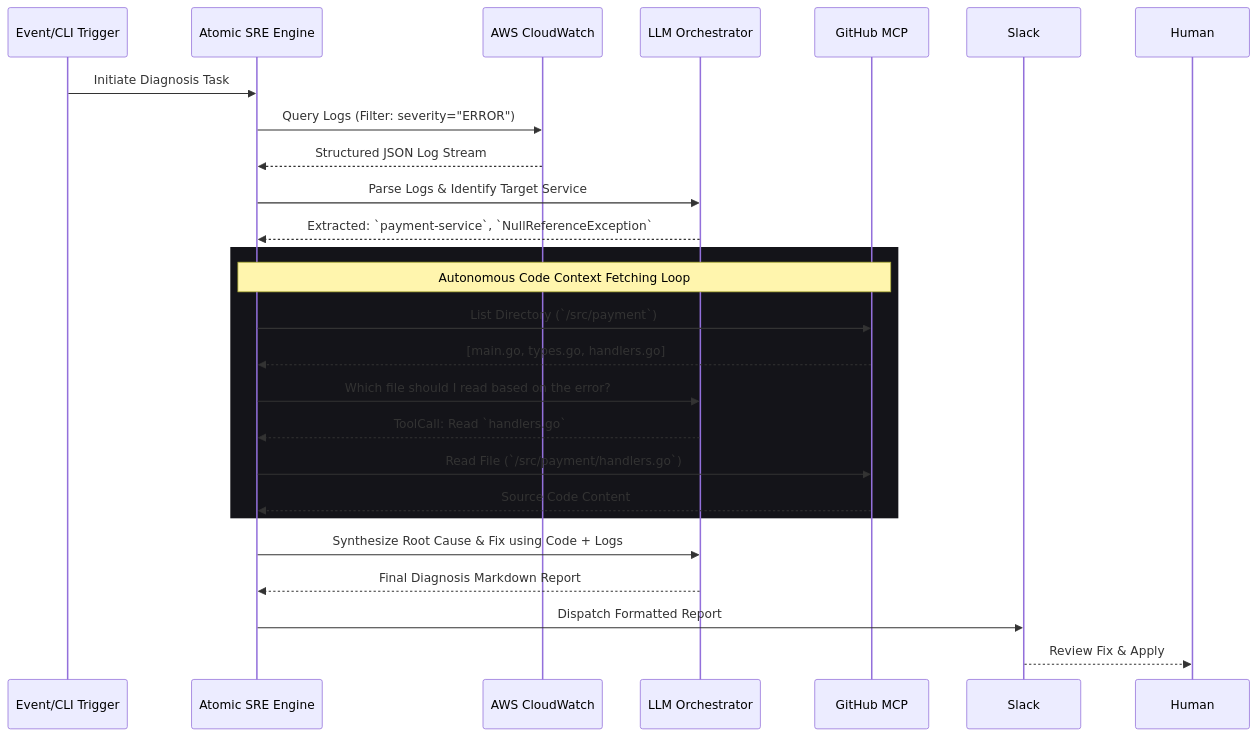
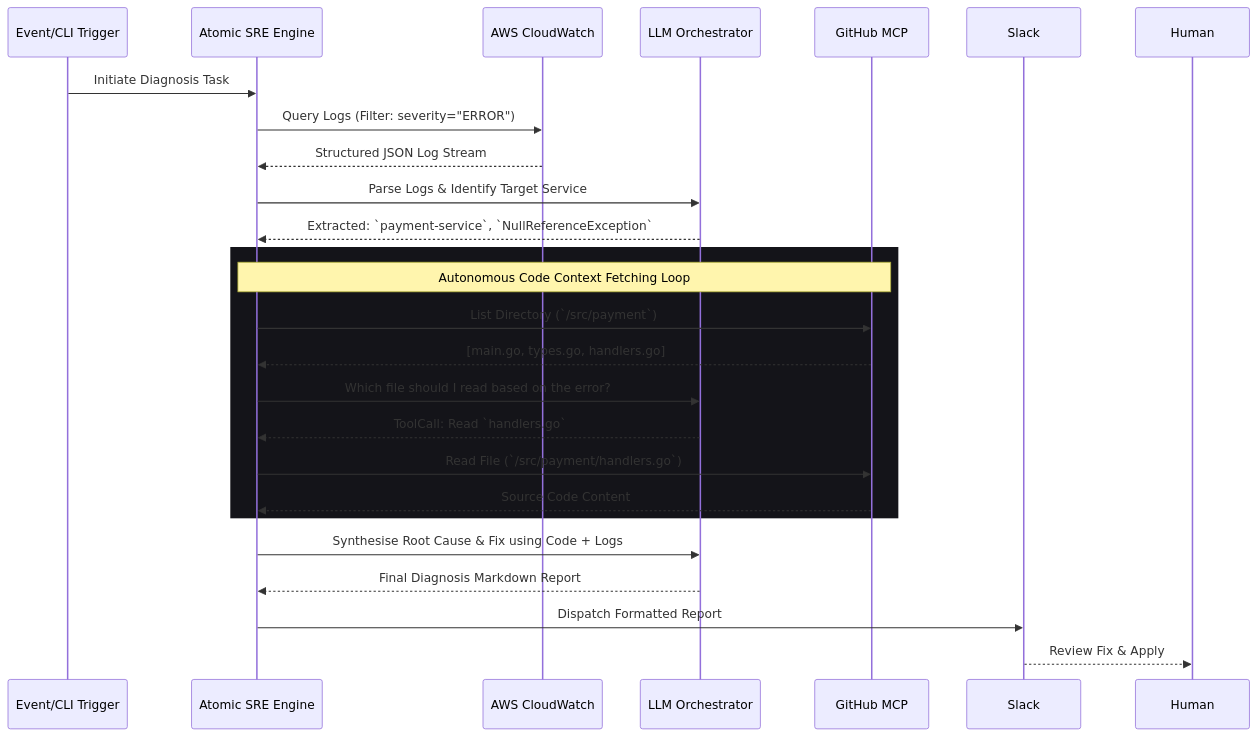
The first of 2 diagrams in README.md (DsThakurRawat/Atomic-SRE), drawn with Mermaid before and after one commit. The commit also changed other lines of this file and 2 other files, not shown here.

Commit message:
style: Auto-fix remaining UK English typos using typos-cli to pass pre-commit

````diff
--- a/README.md
+++ b/README.md
@@ -137,31 +137,31 @@
 ```mermaid
 sequenceDiagram
     participant Trigger as Event/CLI Trigger
     participant Engine as Atomic SRE Engine
     participant CW as AWS CloudWatch
     participant LLM as LLM Orchestrator
     participant MCP as GitHub MCP
     participant Slack as Slack
 
     Trigger->>Engine: Initiate Diagnosis Task
     Engine->>CW: Query Logs (Filter: severity="ERROR")
     CW-->>Engine: Structured JSON Log Stream
 
     Engine->>LLM: Parse Logs & Identify Target Service
     LLM-->>Engine: Extracted: `payment-service`, `NullReferenceException`
 
     rect rgb(20, 20, 25)
         Note over Engine,MCP: Autonomous Code Context Fetching Loop
         Engine->>MCP: List Directory (`/src/payment`)
         MCP-->>Engine: [main.go, types.go, handlers.go]
         Engine->>LLM: Which file should I read based on the error?
         LLM-->>Engine: ToolCall: Read `handlers.go`
         Engine->>MCP: Read File (`/src/payment/handlers.go`)
         MCP-->>Engine: Source Code Content
     end
 
-    Engine->>LLM: Synthesize Root Cause & Fix using Code + Logs
+    Engine->>LLM: Synthesise Root Cause & Fix using Code + Logs
     LLM-->>Engine: Final Diagnosis Markdown Report
     Engine->>Slack: Dispatch Formatted Report
     Slack-->>Human: Review Fix & Apply
 ```
````
